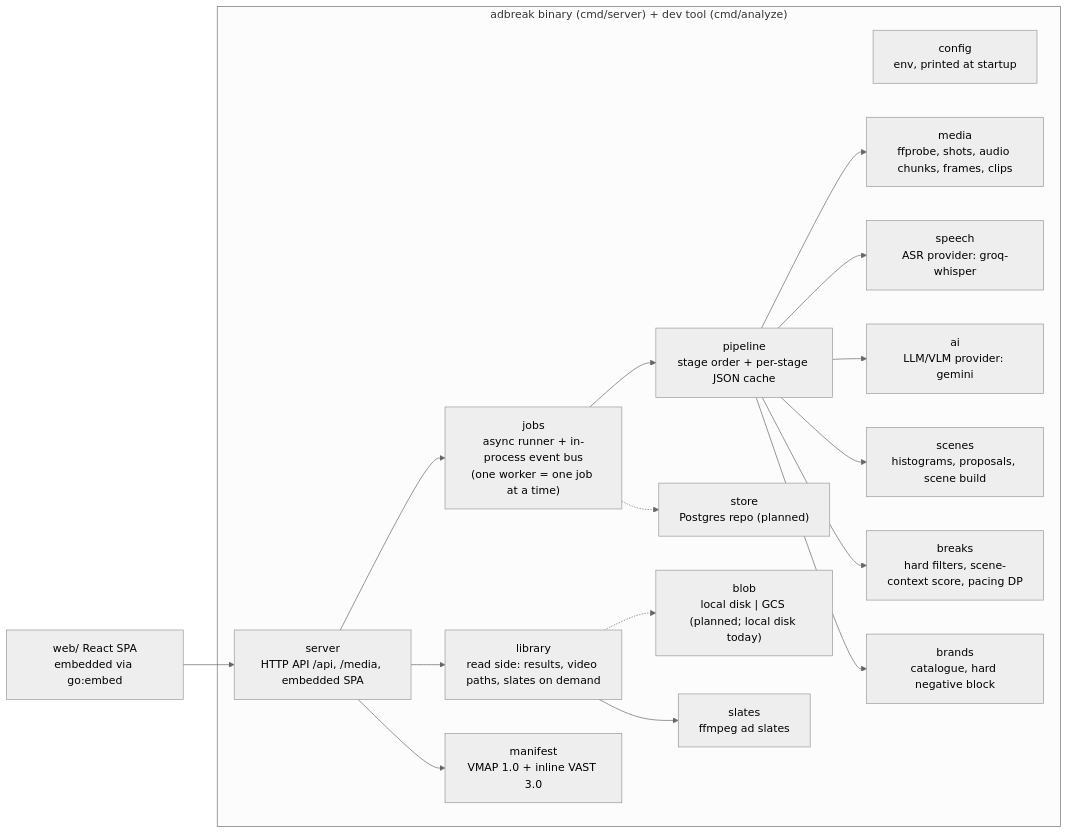
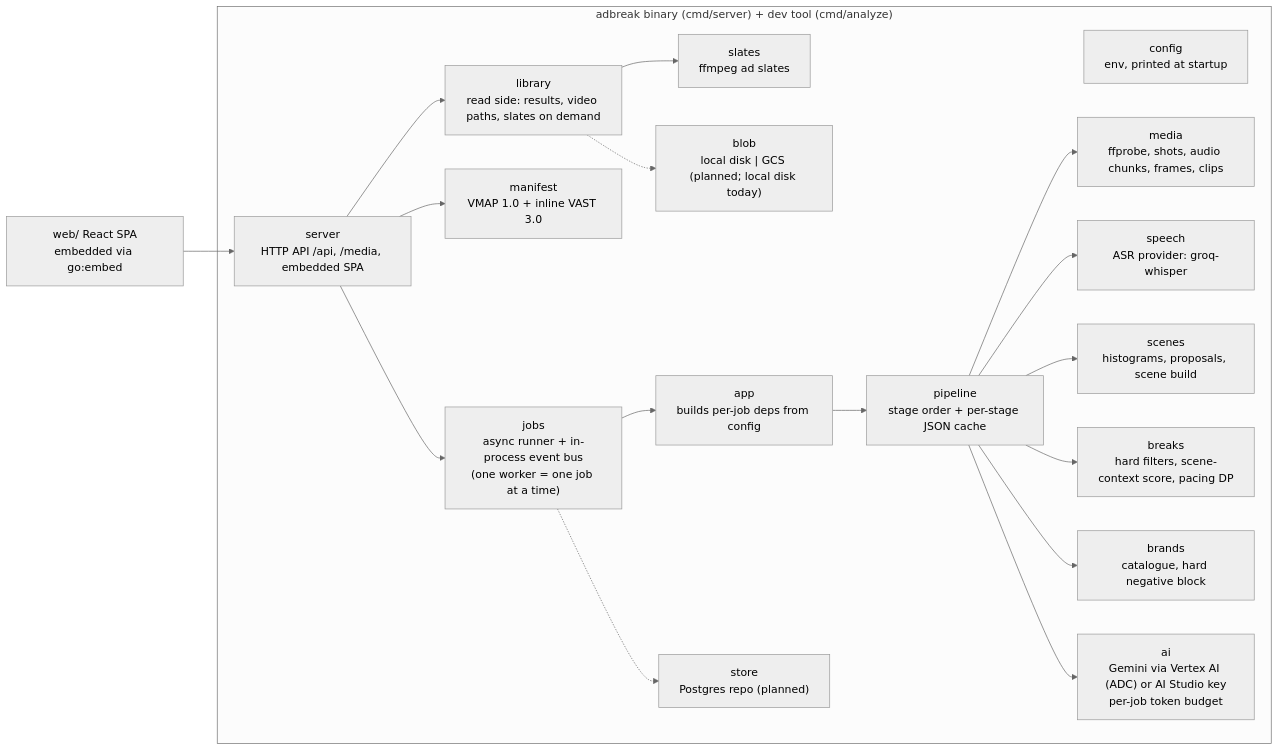
The first of 5 diagrams in docs/ARCHITECTURE.md (thisizaro/adbreak), drawn with Mermaid (neutral theme) before and after one commit. The commit also changed other lines of this file and 15 other files, not shown here.

Commit message:
ai: Vertex AI backend via ADC, per-stage models, per-job token budget; jobs: rolling daily cap

````diff
--- a/docs/ARCHITECTURE.md
+++ b/docs/ARCHITECTURE.md
@@ -13,30 +13,32 @@
 ```mermaid
 flowchart LR
   subgraph bin["adbreak binary (cmd/server) + dev tool (cmd/analyze)"]
     server["server<br/>HTTP API /api, /media, embedded SPA"]
     config["config<br/>env, printed at startup"]
     library["library<br/>read side: results, video paths, slates on demand"]
     pipeline["pipeline<br/>stage order + per-stage JSON cache"]
     jobs["jobs<br/>async runner + in-process event bus<br/>(one worker = one job at a time)"]
     store["store<br/>Postgres repo (planned)"]
     blob["blob<br/>local disk | GCS (planned; local disk today)"]
     media["media<br/>ffprobe, shots, audio chunks, frames, clips"]
     speech["speech<br/>ASR provider: groq-whisper"]
-    ai["ai<br/>LLM/VLM provider: gemini"]
+    app["app<br/>builds per-job deps from config"]
+    ai["ai<br/>Gemini via Vertex AI (ADC) or AI Studio key<br/>per-job token budget"]
     scenes["scenes<br/>histograms, proposals, scene build"]
     breaks["breaks<br/>hard filters, scene-context score, pacing DP"]
     brands["brands<br/>catalogue, hard negative block"]
     slates["slates<br/>ffmpeg ad slates"]
     manifest["manifest<br/>VMAP 1.0 + inline VAST 3.0"]
   end
   web["web/ React SPA<br/>embedded via go:embed"] --> server
   server --> library
   server --> manifest
   library --> slates
   server --> jobs
-  jobs --> pipeline
+  jobs --> app
+  app --> pipeline
   pipeline --> media & speech & scenes & breaks & brands
   pipeline --> ai
   jobs -.-> store
   library -.-> blob
 ```
````
